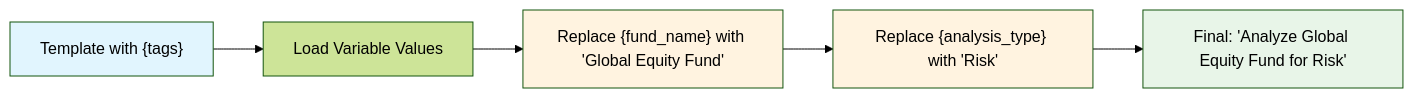
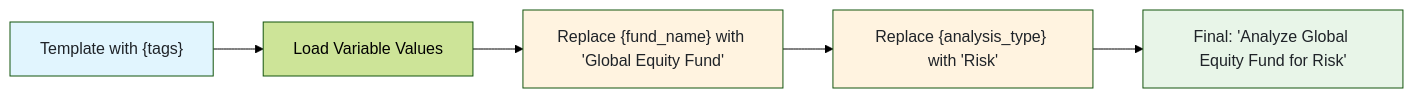
Before and after one commit to Inia-AI/inia: the second of 4 diagrams in docs/architecture/workflow-engine/variable-system.md, drawn with Mermaid (forest theme). The commit also changed other lines of this file and 63 other files, not shown here.

````diff
--- a/docs/architecture/workflow-engine/variable-system.md
+++ b/docs/architecture/workflow-engine/variable-system.md
@@ -107,12 +107,12 @@
 ```mermaid
 flowchart LR
     A["Template with {tags}"] --> B[Load Variable Values]
     B --> C["Replace {fund_name} with 'Global Equity Fund'"]
     C --> D["Replace {analysis_type} with 'Risk'"]
     D --> E["Final: 'Analyze Global Equity Fund for Risk'"]
 
-    style A fill:#e1f5fe
-    style C fill:#fff3e0
-    style D fill:#fff3e0
-    style E fill:#e8f5e8
+    style A fill:#e1f5fe,color:#1f2328
+    style C fill:#fff3e0,color:#1f2328
+    style D fill:#fff3e0,color:#1f2328
+    style E fill:#e8f5e8,color:#1f2328
 ```
````
